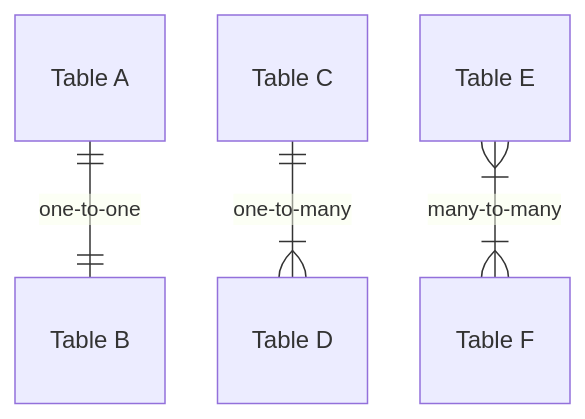
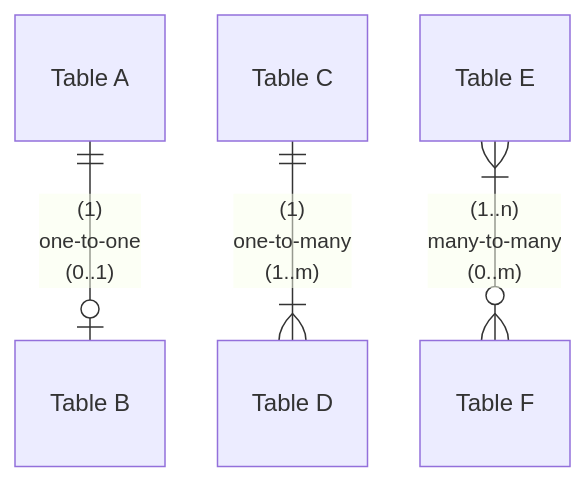
One commit to AdyGCode/SaaS-FED-Notes changed the third of 15 diagrams in 2026/Session-05/Slides-05-03-Database-Design-Normalisation/slides.md. Above: the diagram before and after it, drawn with Mermaid. The commit also changed other lines of this file and 1 other file, not shown here.

````diff
--- a/2026/Session-05/Slides-05-03-Database-Design-Normalisation/slides.md
+++ b/2026/Session-05/Slides-05-03-Database-Design-Normalisation/slides.md
@@ -241,10 +244,10 @@
 ```mermaid
 ---
 config:
     layout: elk
 ---
 erDiagram
-    "Table A" ||--|| "Table B" : "one-to-one"
-    "Table C" ||--|{ "Table D" : "one-to-many"
-    "Table E" }|--|{ "Table F" : "many-to-many"
+    "Table A" ||--o| "Table B": "(1)<br>one-to-one <br>(0..1)"
+    "Table C" ||--|{ "Table D": "(1)<br>one-to-many <br>(1..m)"
+    "Table E" }|--o{ "Table F": "(1..n)<br>many-to-many <br>(0..m)"
 ```
````
